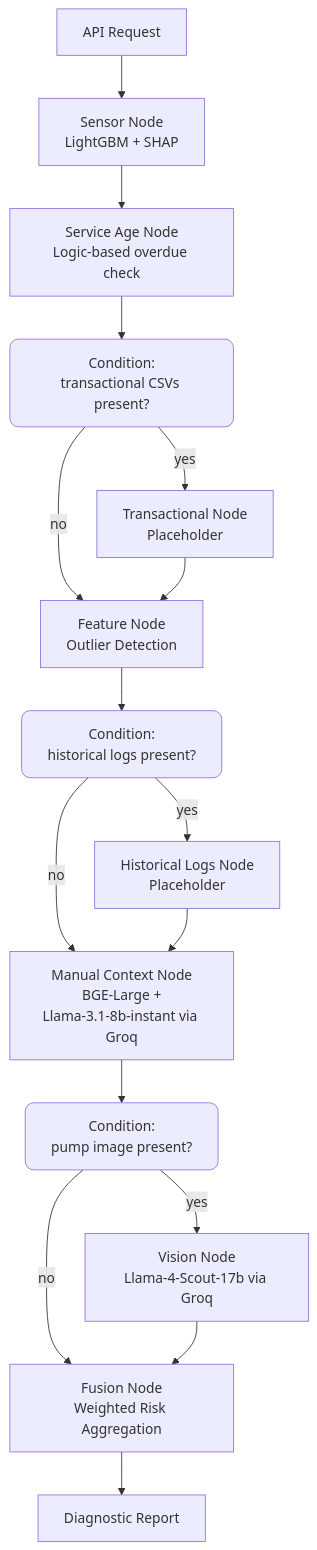
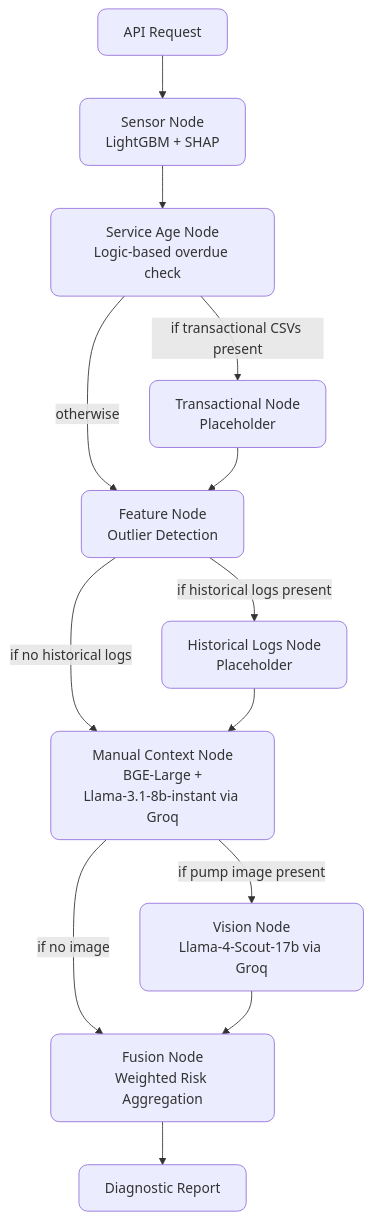
The diagram in README.md (Murthypsty0419/Multi-Modal-Predictive-Maintenance-Agent), drawn with Mermaid before and after one commit. The commit also changed other lines of this file, not shown here.

````diff
--- a/README.md
+++ b/README.md
@@ -23,23 +23,20 @@
 ```mermaid
 flowchart TD
     A["API Request"] --> SN["Sensor Node<br/>LightGBM + SHAP"]
     SN --> SAN["Service Age Node<br/>Logic-based overdue check"]
-    SAN --> C1["Condition:<br/>transactional CSVs present?"]
-    C1 -->|"yes"| TN["Transactional Node<br/>Placeholder"]
-    C1 -->|"no"| FN["Feature Node<br/>Outlier Detection"]
+    SAN -->|"if transactional CSVs present"| TN["Transactional Node<br/>Placeholder"]
+    SAN -->|"otherwise"| FN["Feature Node<br/>Outlier Detection"]
     TN --> FN
 
-    FN --> C2["Condition:<br/>historical logs present?"]
-    C2 -->|"yes"| HLN["Historical Logs Node<br/>Placeholder"]
-    C2 -->|"no"| MCN["Manual Context Node<br/>BGE-Large +<br/>Llama-3.1-8b-instant via Groq"]
+    FN -->|"if historical logs present"| HLN["Historical Logs Node<br/>Placeholder"]
+    FN -->|"if no historical logs"| MCN["Manual Context Node<br/>BGE-Large +<br/>Llama-3.1-8b-instant via Groq"]
     HLN --> MCN
 
-    MCN --> C3["Condition:<br/>pump image present?"]
-    C3 -->|"yes"| VN["Vision Node<br/>Llama-4-Scout-17b via Groq"]
-    C3 -->|"no"| FUSE["Fusion Node<br/>Weighted Risk Aggregation"]
+    MCN -->|"if pump image present"| VN["Vision Node<br/>Llama-4-Scout-17b via Groq"]
+    MCN -->|"if no image"| FUSE["Fusion Node<br/>Weighted Risk Aggregation"]
     VN --> FUSE
     FUSE --> R["Diagnostic Report"]
 
     classDef rounded rx:10,ry:10;
-    class C1,C2,C3 rounded;
+    class A,SN,SAN,TN,FN,HLN,MCN,VN,FUSE,R rounded;
 ```
````
